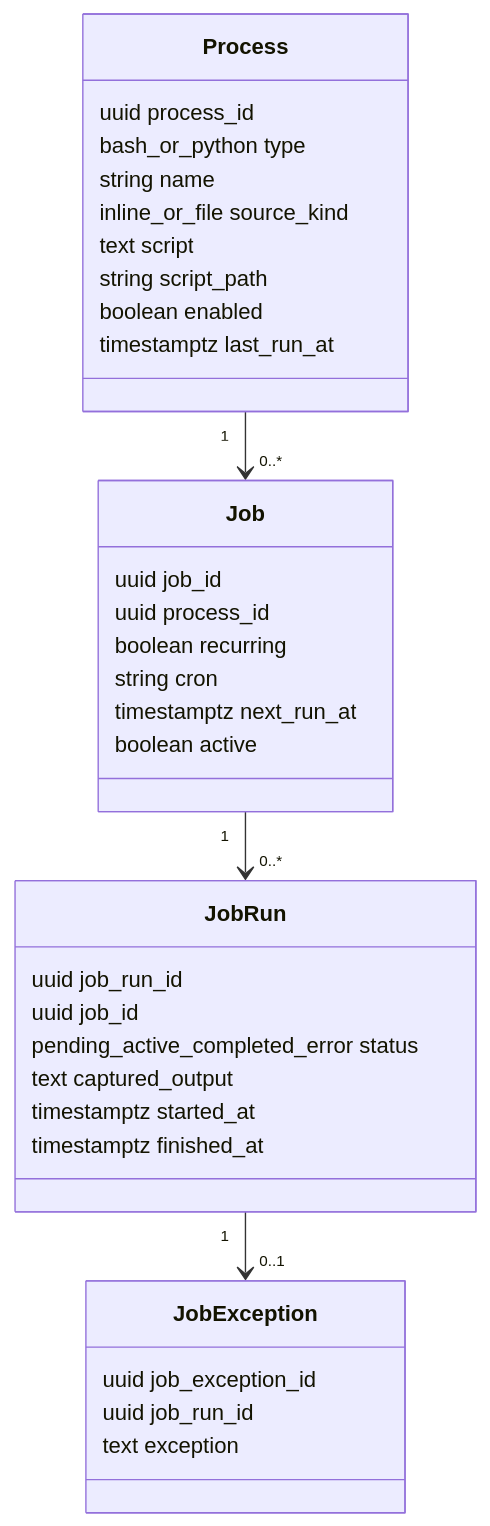
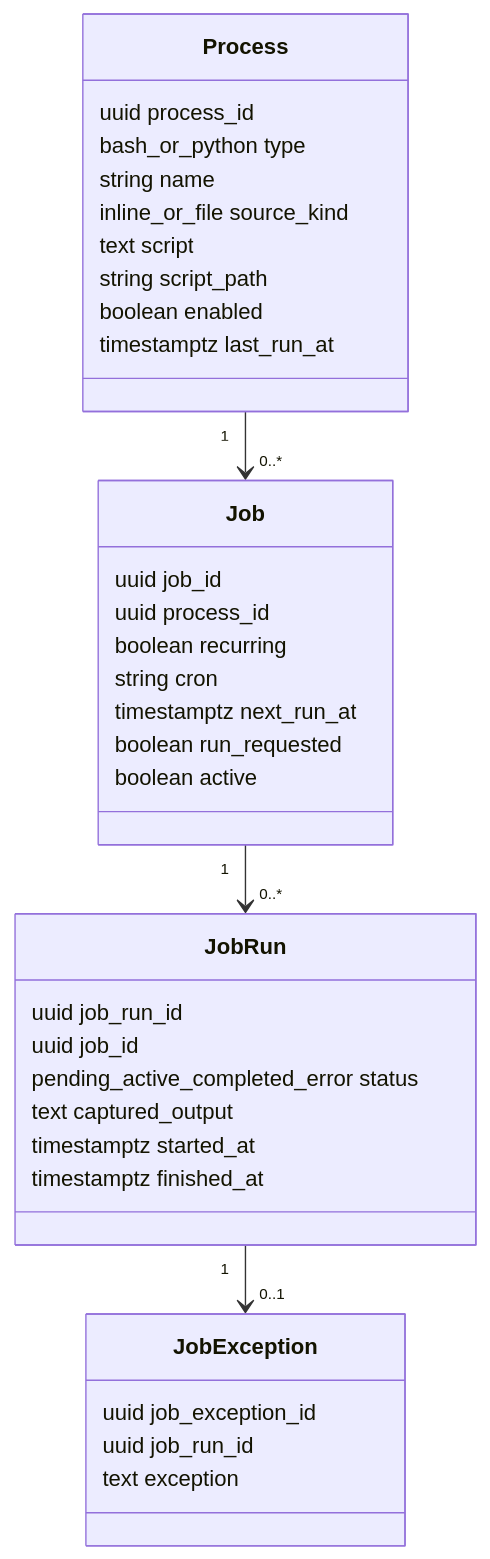
Before and after one commit to ScottRBK/Dark-Orchestrator: the second of 2 diagrams in docs/architecture/adr/adr1_dark_orchestrator.md, drawn with Mermaid. The commit also changed other lines of this file and 14 other files, not shown here.

````diff
--- a/docs/architecture/adr/adr1_dark_orchestrator.md
+++ b/docs/architecture/adr/adr1_dark_orchestrator.md
@@ -74,41 +74,42 @@
 ```mermaid
 classDiagram
     Process "1" --> "0..*" Job
     Job "1" --> "0..*" JobRun
     JobRun "1" --> "0..1" JobException
 
     class Process {
         uuid process_id
         bash_or_python type
         string name
         inline_or_file source_kind
         text script
         string script_path
         boolean enabled
         timestamptz last_run_at
     }
 
     class Job {
         uuid job_id
         uuid process_id
         boolean recurring
         string cron
         timestamptz next_run_at
+        boolean run_requested
         boolean active
     }
 
     class JobRun {
         uuid job_run_id
         uuid job_id
         pending_active_completed_error status
         text captured_output
         timestamptz started_at
         timestamptz finished_at
     }
 
     class JobException {
         uuid job_exception_id
         uuid job_run_id
         text exception
     }
 ```
````
